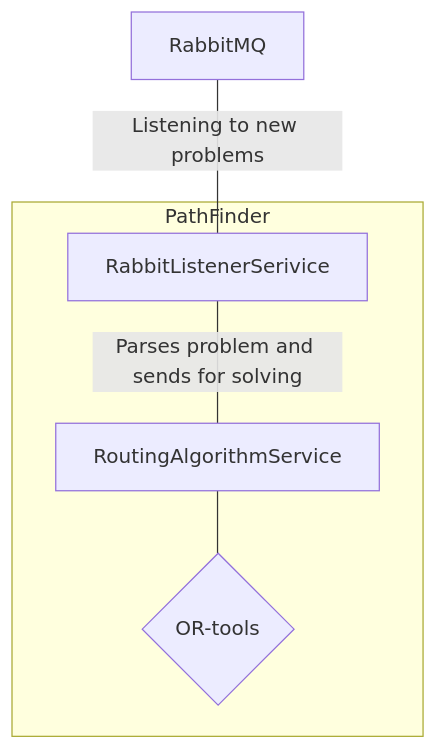
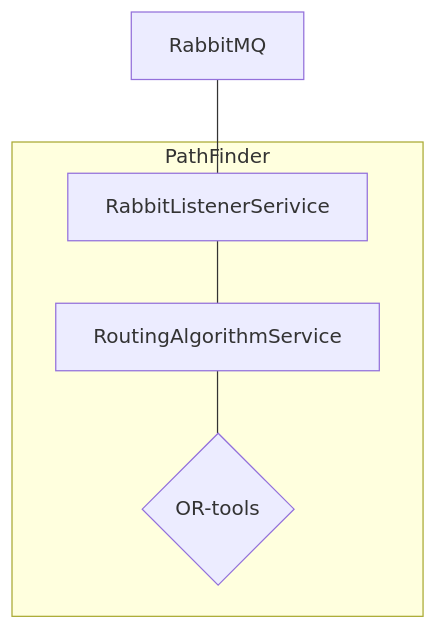
Before and after one commit to bitizen248/coolblue-assignment: the diagram in pathfinder/README.md, drawn with Mermaid. The commit also changed other lines of this file and 10 other files, not shown here.

````diff
--- a/pathfinder/README.md
+++ b/pathfinder/README.md
@@ -47,9 +47,9 @@
 ```mermaid
 graph TB
-    R[RabbitMQ] -- Listening to new problems --- RLS
+    R[RabbitMQ] --- RLS
     
   subgraph PathFinder
-    RLS[RabbitListenerSerivice] -- Parses problem and sends for solving --- RAS[RoutingAlgorithmService]
+    RLS[RabbitListenerSerivice] --- RAS[RoutingAlgorithmService]
     RAS --- OR{OR-tools}
   end
 ```
````
